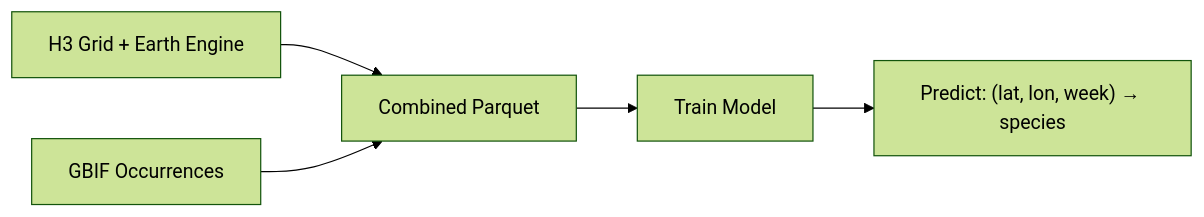
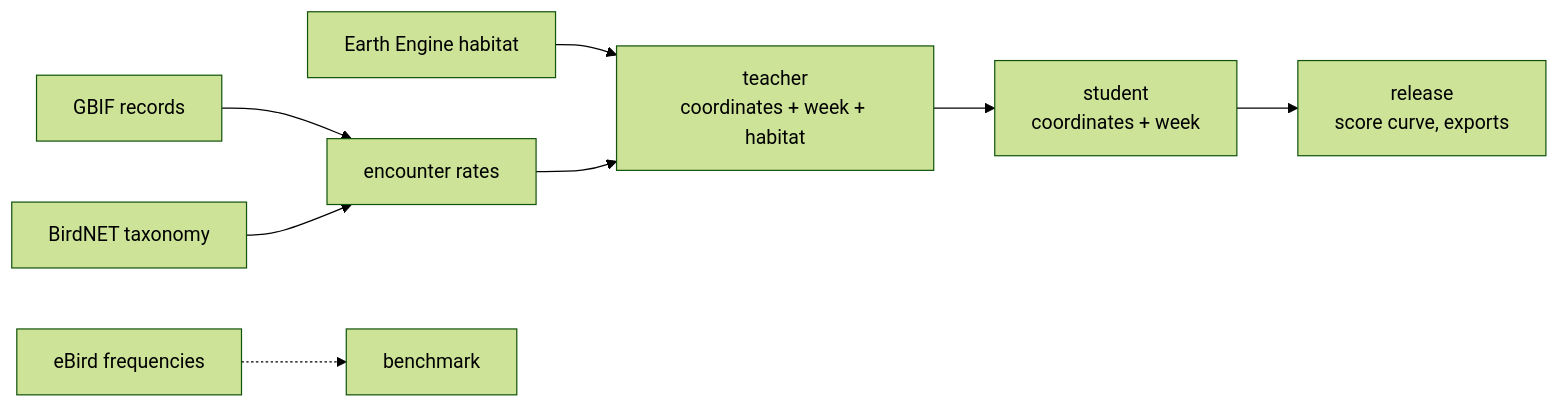
One commit to birdnet-team/geomodel changed the diagram in docs/index.md. Above: the diagram before and after it, drawn with Mermaid (forest theme). The commit also changed other lines of this file and 41 other files, not shown here.

````diff
--- a/docs/index.md
+++ b/docs/index.md
@@ -41,7 +47,10 @@
 ```mermaid
 graph LR
-    A[H3 Grid + Earth Engine] --> C[Combined Parquet]
-    B[GBIF Occurrences] --> C
-    C --> D[Train Model]
-    D --> E["Predict: (lat, lon, week) → species"]
+    G[GBIF records] --> R[encounter rates]
+    T[BirdNET taxonomy] --> R
+    E[Earth Engine habitat] --> TE
+    R --> TE["teacher<br/>coordinates + week + habitat"]
+    TE --> ST["student<br/>coordinates + week"]
+    ST --> X["release<br/>score curve, exports"]
+    B[eBird frequencies] -.-> V[benchmark]
 ```
````
